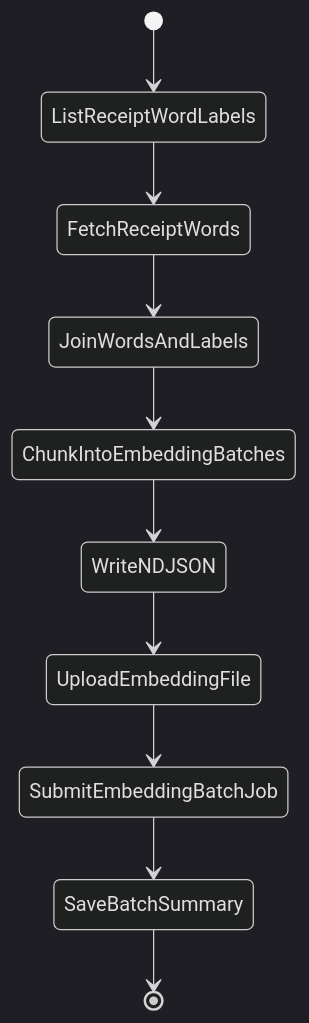
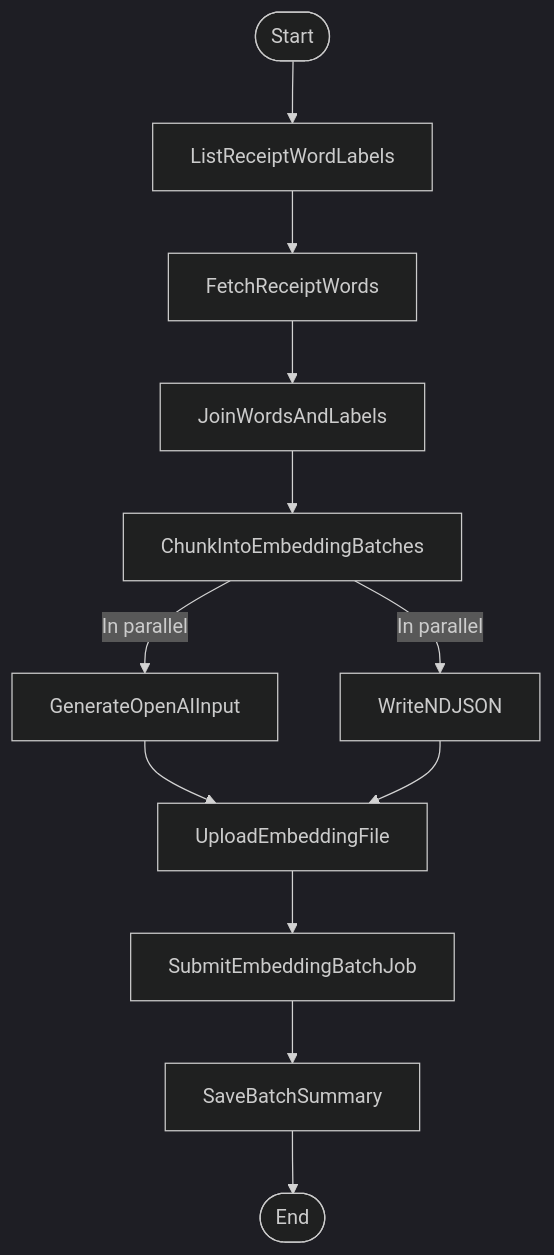
Before and after one commit to tnorlund/Portfolio: the diagram in receipt_label/submit_embedding_batch/README.md, drawn with Mermaid (dark theme). The commit also changed other lines of this file, not shown here.

Commit message:
✍️ Updated diagram

````diff
--- a/receipt_label/submit_embedding_batch/README.md
+++ b/receipt_label/submit_embedding_batch/README.md
@@ -44,12 +47,14 @@
 ```mermaid
-stateDiagram-v2
-    [*] --> ListReceiptWordLabels
+flowchart TD
+    Start([Start]) --> ListReceiptWordLabels
     ListReceiptWordLabels --> FetchReceiptWords
     FetchReceiptWords --> JoinWordsAndLabels
     JoinWordsAndLabels --> ChunkIntoEmbeddingBatches
-    ChunkIntoEmbeddingBatches --> WriteNDJSON
+    ChunkIntoEmbeddingBatches -->|In parallel| GenerateOpenAIInput
+    ChunkIntoEmbeddingBatches -->|In parallel| WriteNDJSON
+    GenerateOpenAIInput --> UploadEmbeddingFile
     WriteNDJSON --> UploadEmbeddingFile
     UploadEmbeddingFile --> SubmitEmbeddingBatchJob
     SubmitEmbeddingBatchJob --> SaveBatchSummary
-    SaveBatchSummary --> [*]
+    SaveBatchSummary --> End([End])
 ```
````
